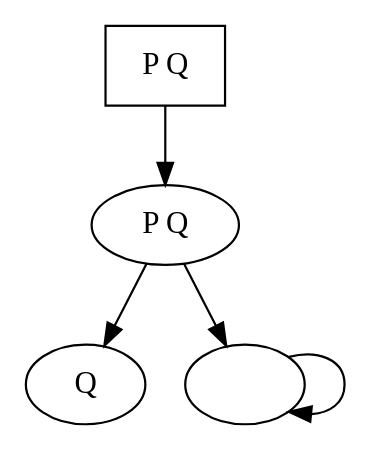
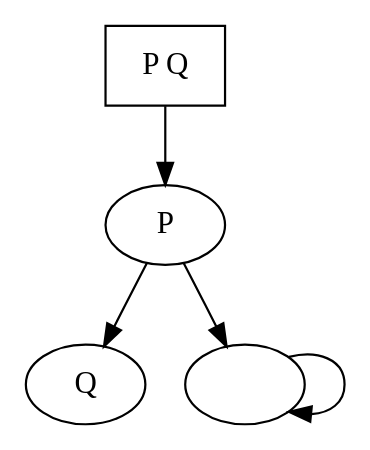
Before and after one commit to f-musa/ctl-model-checker: the diagram in example.dot, drawn with Graphviz. The commit also changed 2 other files, not shown here.

```diff
--- a/example.dot
+++ b/example.dot
@@ -1,15 +1,15 @@
  digraph mon_systeme {
  /* Liste des n÷uds avec leurs labels séparés par des espaces */
  q1 [ label =" P Q "];
- q2 [ label =" P Q "];
+ q2 [ label =" P "];
  q3 [ label =" Q "];
  q4 [ label =""];
 
  /* Un seul n÷ud initial */
  q1 [ shape = box ];
 
  /* Transitions */
  q1 -> q2 -> q3 ;
  q2 -> q4 ;
  q4 -> q4 ;
  }
```
